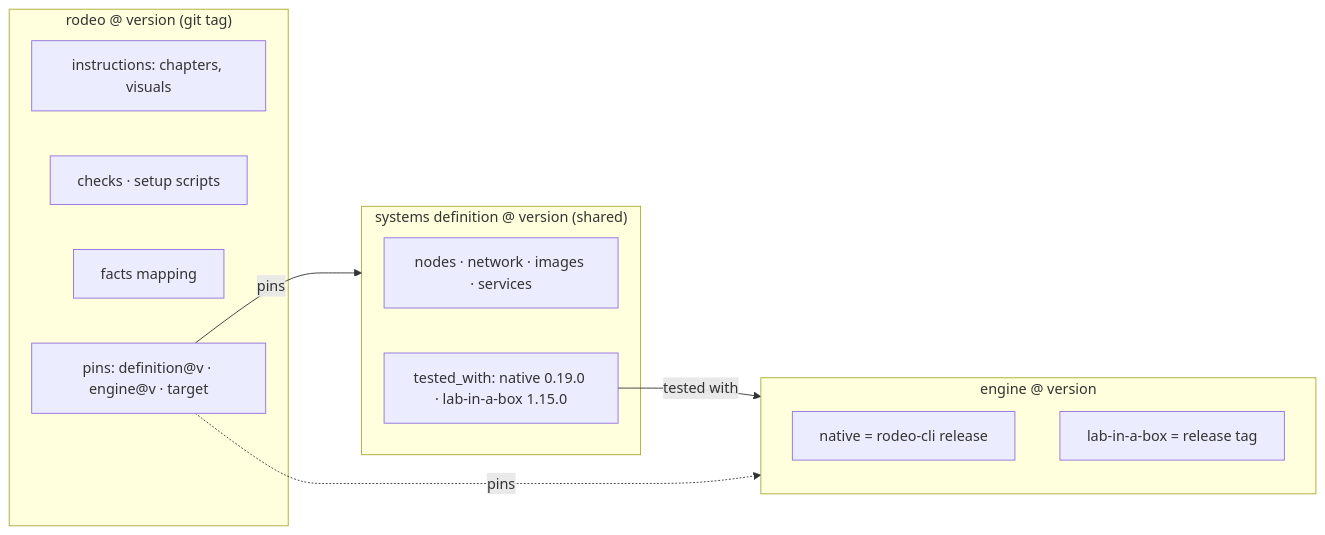
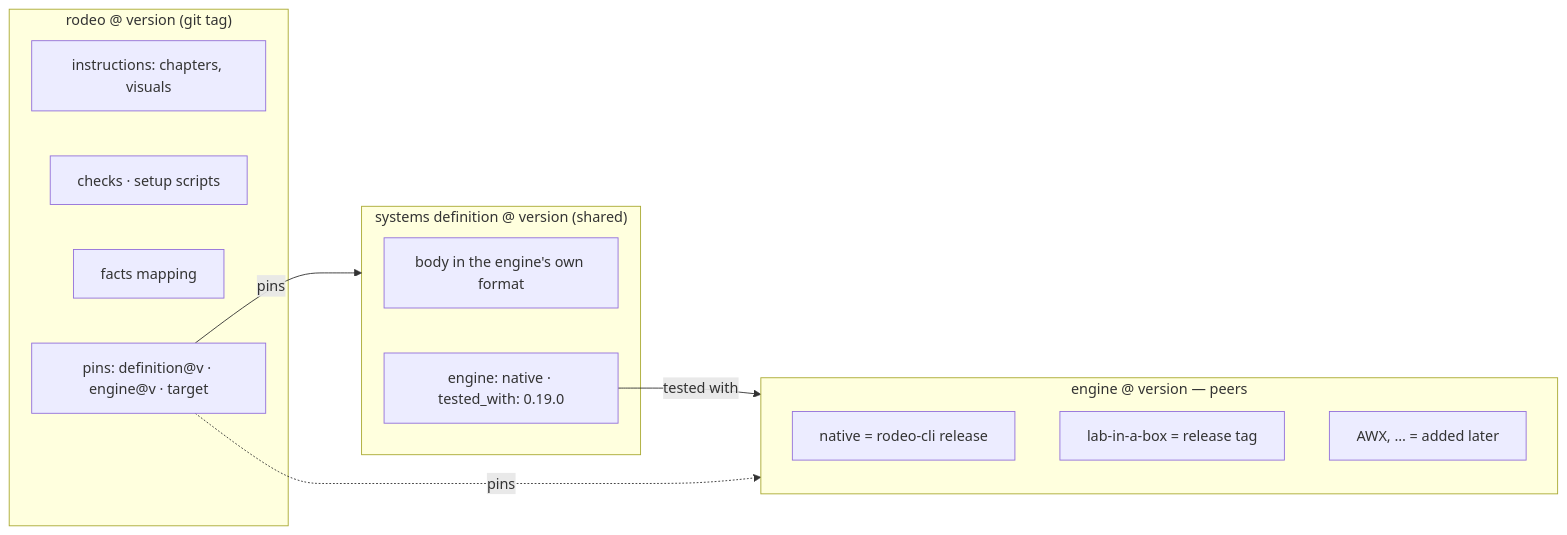
The first of 3 diagrams in docs/design/architecture-v2-overview.md (avaleror/rodeo-cli), drawn with Mermaid before and after one commit. The commit also changed other lines of this file and 2 other files, not shown here.

Commit message:
docs(design): engines are peers; a definition is written for one engine

````diff
--- a/docs/design/architecture-v2-overview.md
+++ b/docs/design/architecture-v2-overview.md
@@ -34,20 +52,21 @@
 ```mermaid
 flowchart LR
   subgraph R["rodeo @ version  (git tag)"]
     R1[instructions: chapters, visuals]
     R2[checks · setup scripts]
     R3[facts mapping]
     R4[pins: definition@v · engine@v · target]
   end
   subgraph D["systems definition @ version  (shared)"]
-    D1[nodes · network · images · services]
-    D2[tested_with: native 0.19.0 · lab-in-a-box 1.15.0]
+    D1["body in the engine's own format"]
+    D2[engine: native · tested_with: 0.19.0]
   end
-  subgraph E["engine @ version"]
+  subgraph E["engine @ version — peers"]
     E1[native = rodeo-cli release]
     E2[lab-in-a-box = release tag]
+    E3[AWX, … = added later]
   end
   R4 -- pins --> D
   D2 -- tested with --> E
   R4 -. pins .-> E
 ```
````
